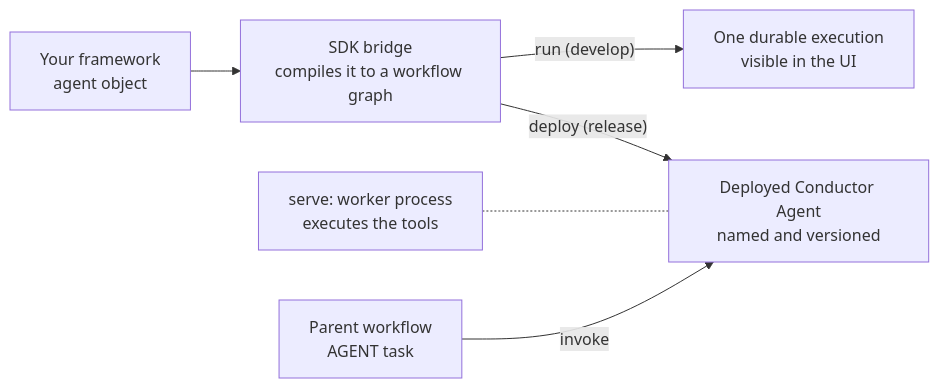
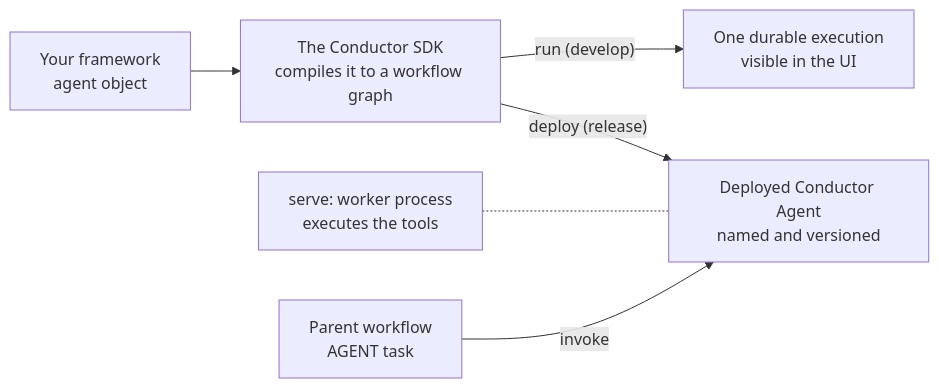
Before and after one commit to conductor-oss/conductor: the diagram in docs/devguide/ai/agent-framework-recipes.md, drawn with Mermaid. The commit also changed other lines of this file and 16 other files, not shown here.

````diff
--- a/docs/devguide/ai/agent-framework-recipes.md
+++ b/docs/devguide/ai/agent-framework-recipes.md
@@ -54,8 +54,8 @@
 ```mermaid
 flowchart LR
-    obj["Your framework<br/>agent object"] --> bridge["SDK bridge<br/>compiles it to a workflow graph"]
-    bridge -- "run (develop)" --> devrun["One durable execution<br/>visible in the UI"]
-    bridge -- "deploy (release)" --> deployed["Deployed Conductor Agent<br/>named and versioned"]
+    obj["Your framework<br/>agent object"] --> sdk["The Conductor SDK<br/>compiles it to a workflow graph"]
+    sdk -- "run (develop)" --> devrun["One durable execution<br/>visible in the UI"]
+    sdk -- "deploy (release)" --> deployed["Deployed Conductor Agent<br/>named and versioned"]
     workers["serve: worker process<br/>executes the tools"] -.- deployed
     parent["Parent workflow<br/>AGENT task"] -- "invoke" --> deployed
 ```
````
